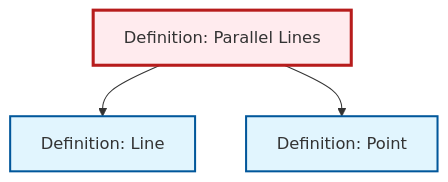
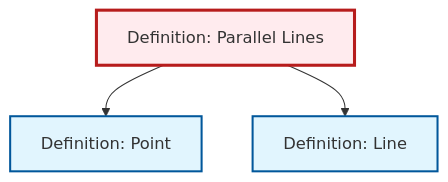
The diagram in content/en/geometry/def-parallel.qmd (RK0429/ModernMath), drawn with Mermaid before and after one commit. The commit also changed other lines of this file and 497 other files, not shown here.

````diff
--- a/content/en/geometry/def-parallel.qmd
+++ b/content/en/geometry/def-parallel.qmd
@@ -87,17 +87,17 @@
 ```{mermaid}
 %%| fig-cap: "Local dependency graph"
 graph TD
     classDef definition fill:#e1f5fe,stroke:#01579b,stroke-width:2px
     classDef theorem fill:#f3e5f5,stroke:#4a148c,stroke-width:2px
     classDef axiom fill:#fff3e0,stroke:#e65100,stroke-width:2px
     classDef example fill:#e8f5e9,stroke:#1b5e20,stroke-width:2px
     classDef current fill:#ffebee,stroke:#b71c1c,stroke-width:3px
+    def-point["Definition: Point"]:::definition
     def-parallel["Definition: Parallel Lines"]:::definition
     def-line["Definition: Line"]:::definition
-    def-point["Definition: Point"]:::definition
+    def-parallel --> def-point
     def-parallel --> def-line
-    def-parallel --> def-point
     class def-parallel current
+    click def-point "def-point.html" "Go to Point definition"
     click def-line "def-line.html" "Go to Line definition"
-    click def-point "def-point.html" "Go to Point definition"
 ```
````
